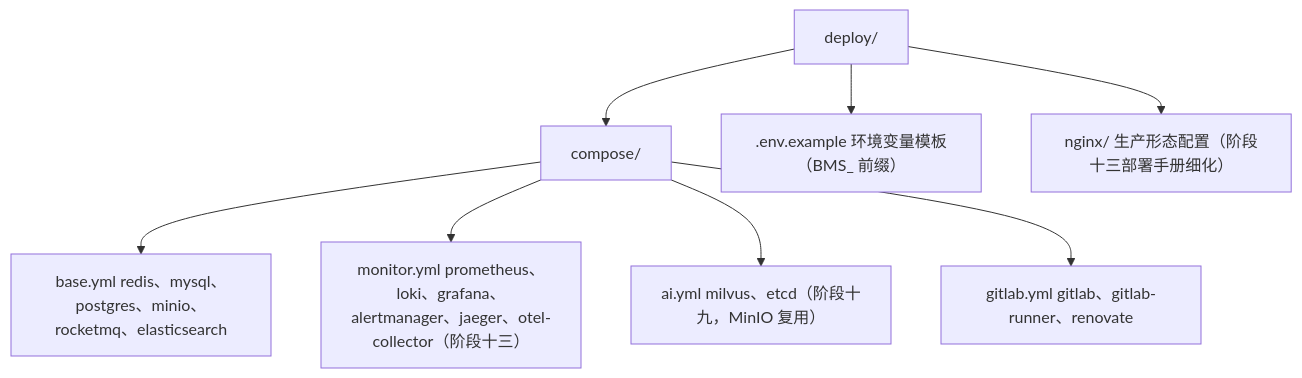
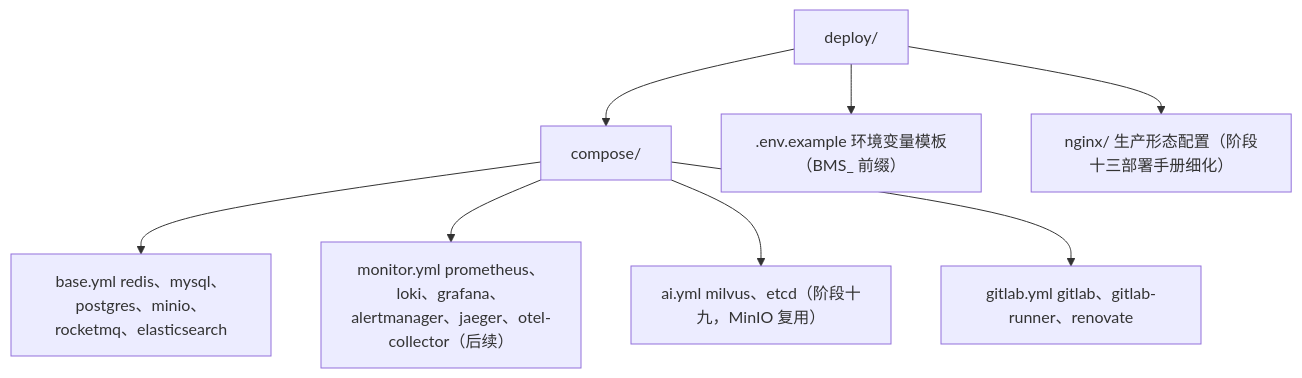
Before and after one commit to minjian123/basic-management-system: the diagram in bms文档/规划/开发部署规划.md, drawn with Mermaid. The commit also changed other lines of this file and 186 other files, not shown here.

````diff
--- a/bms文档/规划/开发部署规划.md
+++ b/bms文档/规划/开发部署规划.md
@@ -136,10 +136,10 @@
 ```mermaid
 graph TD
     A["deploy/"] --> B["compose/"]
     B --> B1["base.yml redis、mysql、postgres、minio、rocketmq、elasticsearch"]
-    B --> B2["monitor.yml prometheus、loki、grafana、alertmanager、jaeger、otel-collector（阶段十三）"]
+    B --> B2["monitor.yml prometheus、loki、grafana、alertmanager、jaeger、otel-collector（后续）"]
     B --> B3["ai.yml milvus、etcd（阶段十九，MinIO 复用）"]
     B --> B4["gitlab.yml gitlab、gitlab-runner、renovate"]
     A --> C[".env.example 环境变量模板（BMS_ 前缀）"]
     A --> D["nginx/ 生产形态配置（阶段十三部署手册细化）"]
 ```
````
